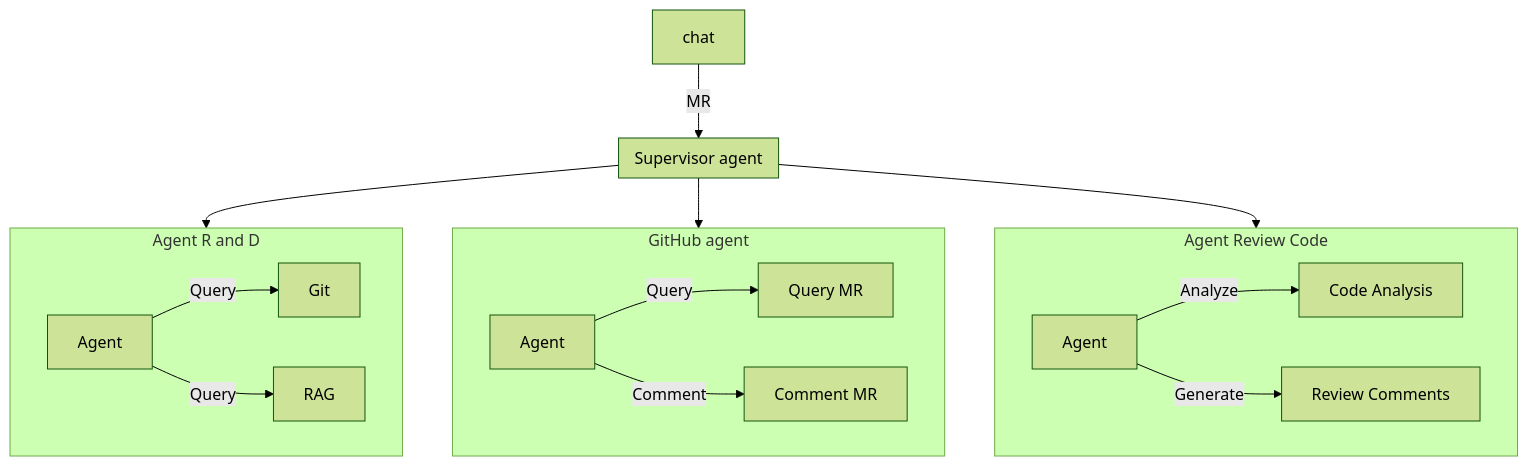
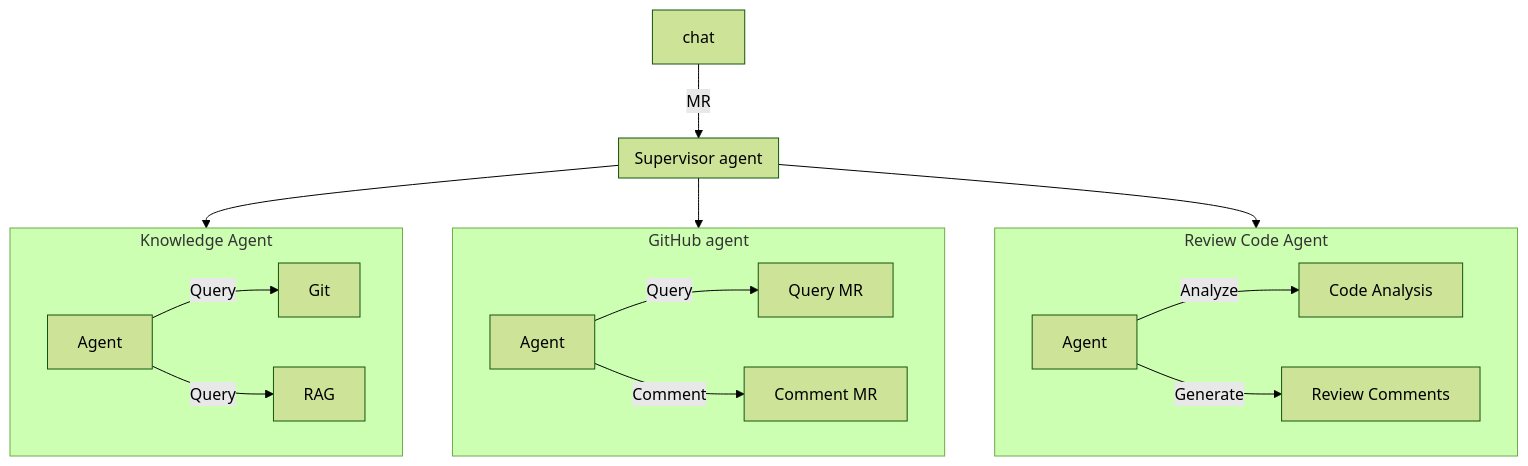
Before and after one commit to chinnawant/agent-review-code: the first of 2 diagrams in readme.md, drawn with Mermaid (forest theme). The commit also changed other lines of this file, not shown here.

````diff
--- a/readme.md
+++ b/readme.md
@@ -21,30 +19,30 @@
 ```mermaid
 
 
 flowchart TD
     c1["chat"] -- MR --> sa1[Agent]
 
 
     subgraph sa1[Supervisor agent]
     end
 
     subgraph gh1[GitHub agent]
 			a1["Agent"] --Query--> ta1-l1["Query MR"]
 			a1 --"Comment"--> ta1-l2["Comment MR"]
     end
-    subgraph sa2[Agent R and D]
+    subgraph sa2[Knowledge Agent]
       a2["Agent"] --Query--> ta2-l1["Git"]
       a2 --Query--> ta2-l2["RAG"]
     end
 
-    subgraph sa3[Agent Review Code]
+    subgraph sa3[Review Code Agent]
       a3["Agent"] --Analyze--> ta3-l1["Code Analysis"]
       a3 --Generate--> ta3-l2["Review Comments"]
     end
 
 		sa1 --> sa2
 		sa1 --> gh1
 		sa1 --> sa3
 
 
 ```
````
